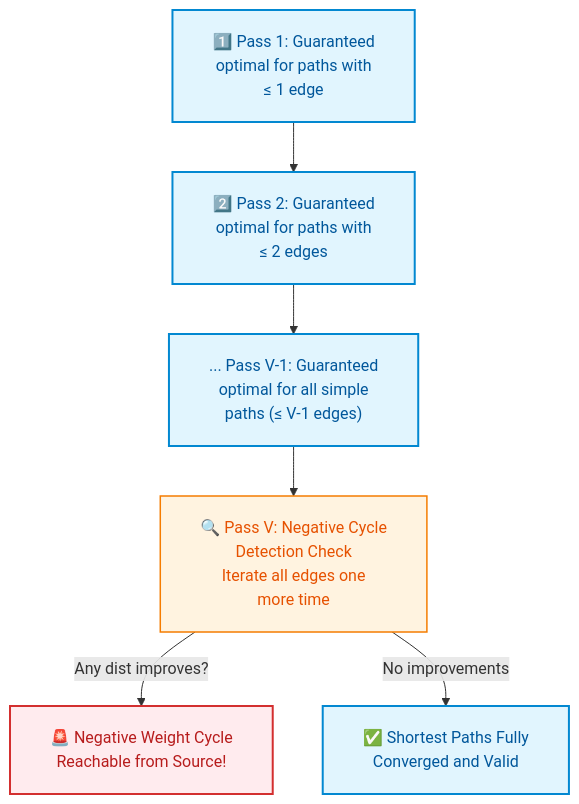
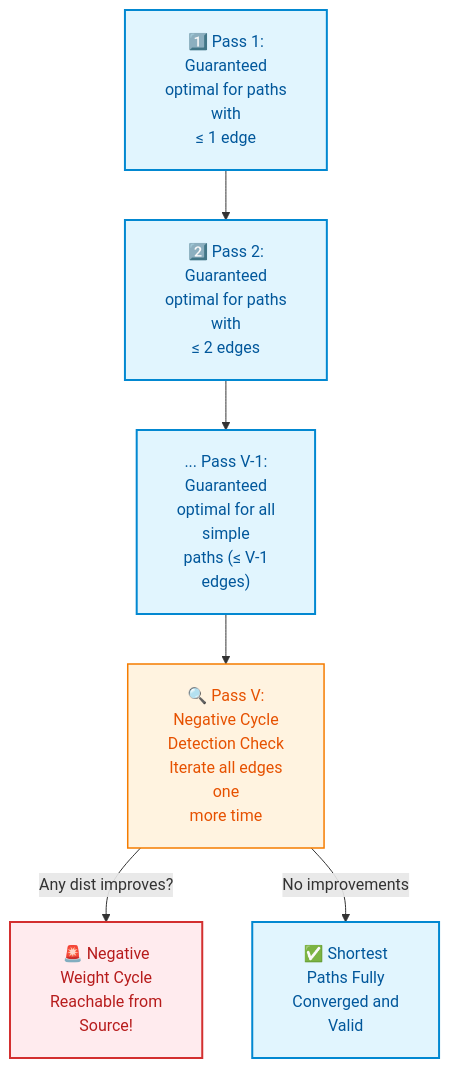
Before and after one commit to dip4k/DSA_102: the sixth of 15 diagrams in week_09_graph_algorithms_i/Week_09_Visual_Concepts_Playbook_HYBRID.md, drawn with Mermaid. The commit also changed other lines of this file and 106 other files, not shown here.

First line of the commit message:
fix(mermaid): prevent text clipping with foreignObject overflow and tighter line wrapping

````diff
--- a/week_09_graph_algorithms_i/Week_09_Visual_Concepts_Playbook_HYBRID.md
+++ b/week_09_graph_algorithms_i/Week_09_Visual_Concepts_Playbook_HYBRID.md
@@ -237,14 +237,14 @@
 ```mermaid
-%%{init: {"flowchart": {"htmlLabels": true, "padding": 20}}}%%
+%%{init: {"flowchart": {"htmlLabels": true, "padding": 20}, "themeCSS": "foreignObject { overflow: visible !important; }"}}%%
 flowchart TD
     classDef pass fill:#e1f5fe,stroke:#0288d1,color:#01579b,stroke-width:2px;
     classDef check fill:#fff3e0,stroke:#f57c00,color:#e65100,stroke-width:1.5px;
     classDef alert fill:#ffebee,stroke:#d32f2f,color:#b71c1c,stroke-width:2px;
 
-    P1["1️⃣ Pass 1: Guaranteed<br/>optimal for paths with<br/>&le; 1 edge"]:::pass
-    P1 --> P2["2️⃣ Pass 2: Guaranteed<br/>optimal for paths with<br/>&le; 2 edges"]:::pass
-    P2 --> PV["... Pass V-1: Guaranteed<br/>optimal for all simple<br/>paths (&le; V-1 edges)"]:::pass
-    PV --> CHK["🔍 Pass V: Negative Cycle<br/>Detection Check<br/>Iterate all edges one<br/>more time"]:::check
-    CHK -->|Any dist improves?| Alert["🚨 Negative Weight Cycle<br/>Reachable from Source!"]:::alert
-    CHK -->|No improvements| Done["✅ Shortest Paths Fully<br/>Converged and Valid"]:::pass
+    P1["1️⃣ Pass 1:<br/>Guaranteed<br/>optimal for paths<br/>with<br/>&le; 1 edge"]:::pass
+    P1 --> P2["2️⃣ Pass 2:<br/>Guaranteed<br/>optimal for paths<br/>with<br/>&le; 2 edges"]:::pass
+    P2 --> PV["... Pass V-1:<br/>Guaranteed<br/>optimal for all<br/>simple<br/>paths (&le; V-1<br/>edges)"]:::pass
+    PV --> CHK["🔍 Pass V:<br/>Negative Cycle<br/>Detection Check<br/>Iterate all edges<br/>one<br/>more time"]:::check
+    CHK -->|Any dist improves?| Alert["🚨 Negative<br/>Weight Cycle<br/>Reachable from<br/>Source!"]:::alert
+    CHK -->|No improvements| Done["✅ Shortest<br/>Paths Fully<br/>Converged and<br/>Valid"]:::pass
 ```
````
